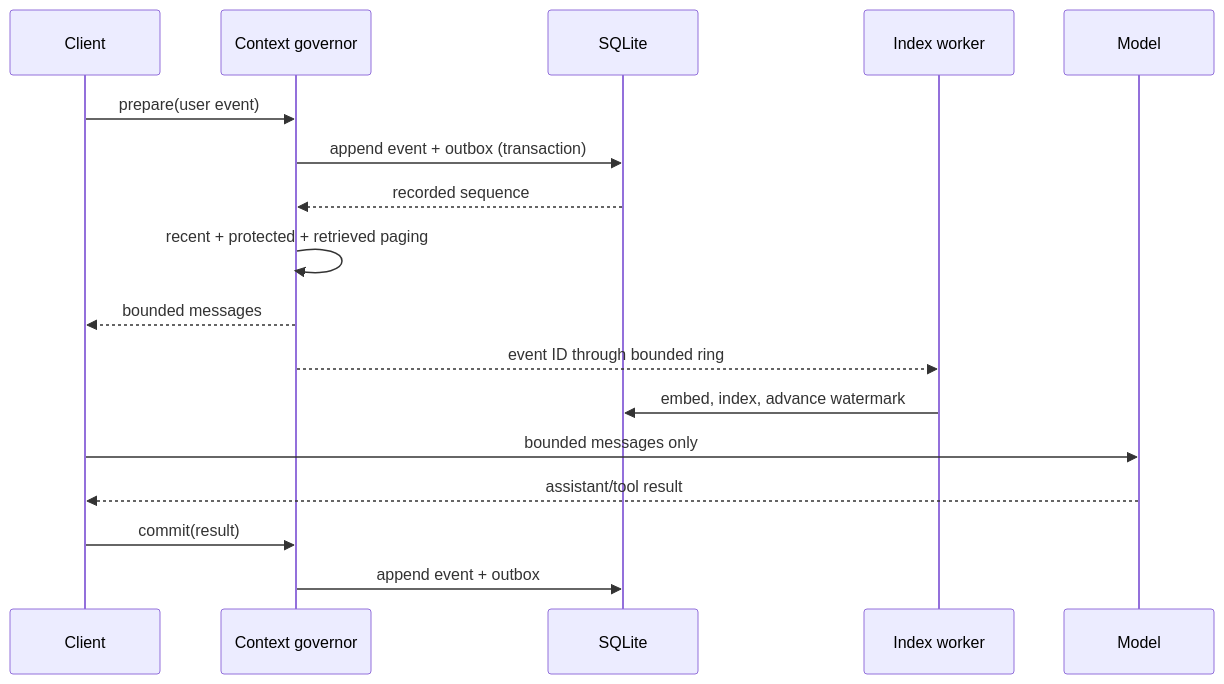
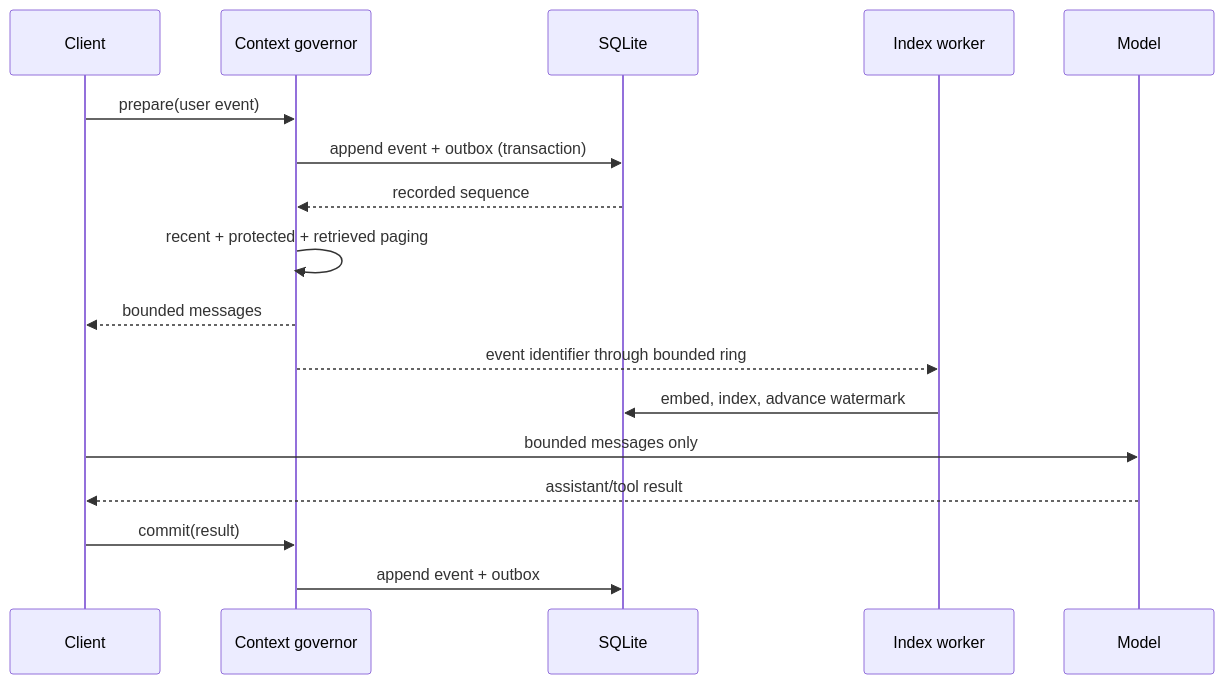
One commit to hwillGIT/library-of-context changed the diagram in docs/architecture.md. Above: the diagram before and after it, drawn with Mermaid. The commit also changed other lines of this file and 108 other files, not shown here.

````diff
--- a/docs/architecture.md
+++ b/docs/architecture.md
@@ -24,20 +33,20 @@
 ```mermaid
 sequenceDiagram
     participant C as Client
     participant G as Context governor
     participant S as SQLite
     participant W as Index worker
     participant M as Model
 
     C->>G: prepare(user event)
     G->>S: append event + outbox (transaction)
     S-->>G: recorded sequence
     G->>G: recent + protected + retrieved paging
     G-->>C: bounded messages
-    G-->>W: event ID through bounded ring
+    G-->>W: event identifier through bounded ring
     W->>S: embed, index, advance watermark
     C->>M: bounded messages only
     M-->>C: assistant/tool result
     C->>G: commit(result)
     G->>S: append event + outbox
 ```
````
